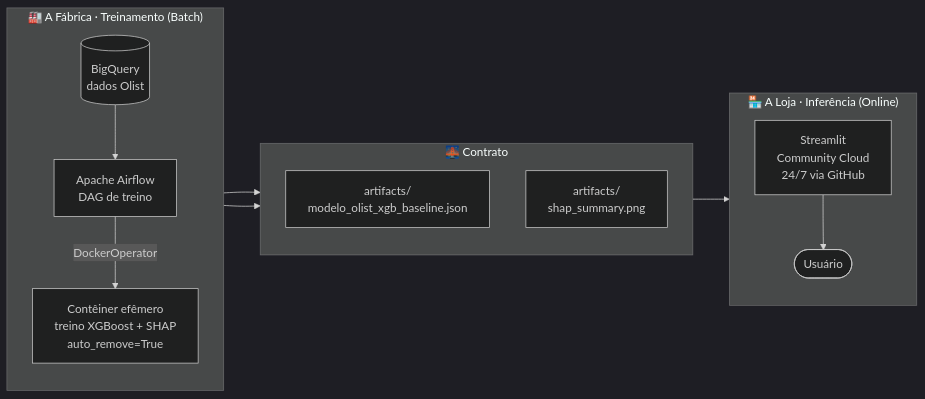
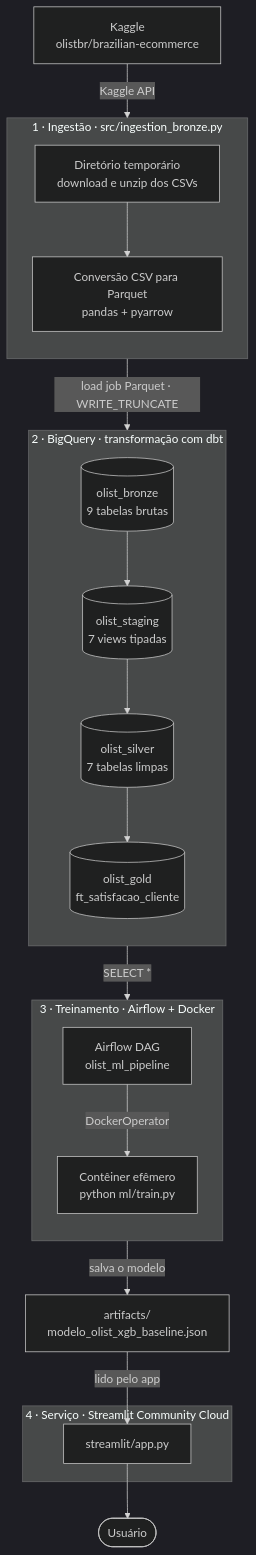
Before and after one commit to zVilanova/Olist-Satisfaction-Classifier: the first of 4 diagrams in README.md, drawn with Mermaid (dark theme). The commit also changed other lines of this file, not shown here.

````diff
--- a/README.md
+++ b/README.md
@@ -53,23 +61,40 @@
 ```mermaid
-flowchart LR
-    subgraph FABRICA["🏭 A Fábrica · Treinamento (Batch)"]
+flowchart TB
+    KG["Kaggle<br/>olistbr/brazilian-ecommerce"]
+
+    subgraph ING["1 · Ingestão · src/ingestion_bronze.py"]
         direction TB
-        BQ[("BigQuery<br/>dados Olist")] --> DAG["Apache Airflow<br/>DAG de treino"]
-        DAG -->|DockerOperator| CTR["Contêiner efêmero<br/>treino XGBoost + SHAP<br/>auto_remove=True"]
+        TMP["Diretório temporário<br/>download e unzip dos CSVs"]
+        PQ["Conversão CSV para Parquet<br/>pandas + pyarrow"]
+        TMP --> PQ
     end
 
-    subgraph ART["🌉 Contrato"]
+    subgraph DW["2 · BigQuery · transformação com dbt"]
         direction TB
-        M["artifacts/<br/>modelo_olist_xgb_baseline.json"]
-        S["artifacts/<br/>shap_summary.png"]
+        BRZ[("olist_bronze<br/>9 tabelas brutas")]
+        STG[("olist_staging<br/>7 views tipadas")]
+        SLV[("olist_silver<br/>7 tabelas limpas")]
+        GLD[("olist_gold<br/>ft_satisfacao_cliente")]
+        BRZ --> STG --> SLV --> GLD
     end
 
-    subgraph LOJA["🏪 A Loja · Inferência (Online)"]
+    subgraph TRN["3 · Treinamento · Airflow + Docker"]
         direction TB
-        APP["Streamlit<br/>Community Cloud<br/>24/7 via GitHub"] --> USR(["Usuário"])
+        AF["Airflow DAG<br/>olist_ml_pipeline"]
+        CTR["Contêiner efêmero<br/>python ml/train.py"]
+        AF -->|DockerOperator| CTR
     end
 
-    CTR --> M
-    CTR --> S
-    M --> APP
+    ART["artifacts/<br/>modelo_olist_xgb_baseline.json"]
+
+    subgraph SRV["4 · Serviço · Streamlit Community Cloud"]
+        APP["streamlit/app.py"]
+    end
+
+    KG -->|Kaggle API| TMP
+    PQ -->|"load job Parquet · WRITE_TRUNCATE"| BRZ
+    GLD -->|"SELECT *"| CTR
+    CTR -->|salva o modelo| ART
+    ART -->|lido pelo app| APP
+    APP --> USR(["Usuário"])
 ```
````
